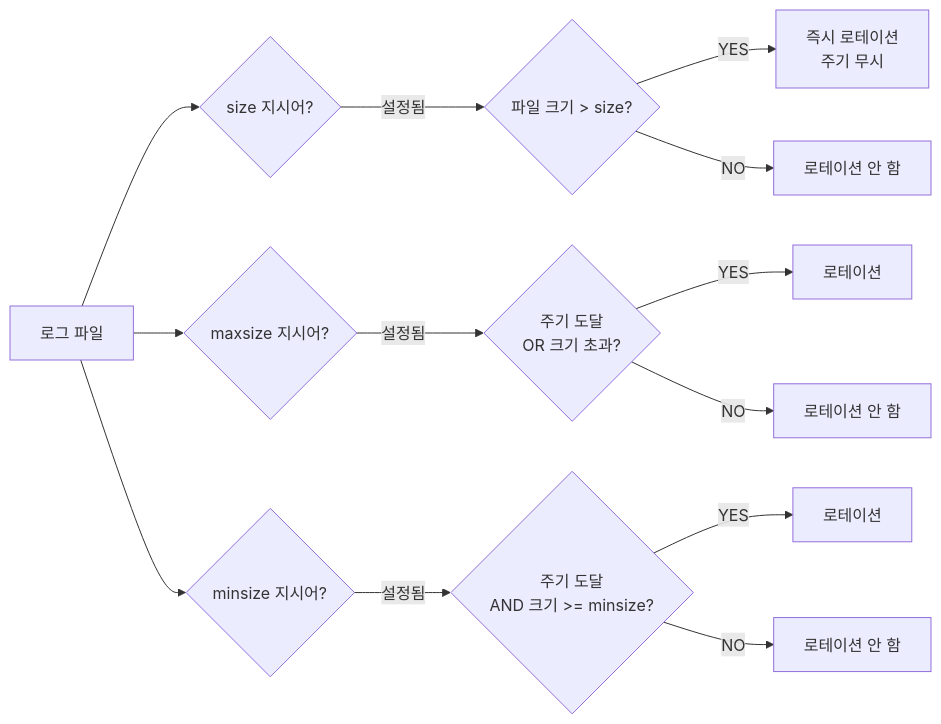
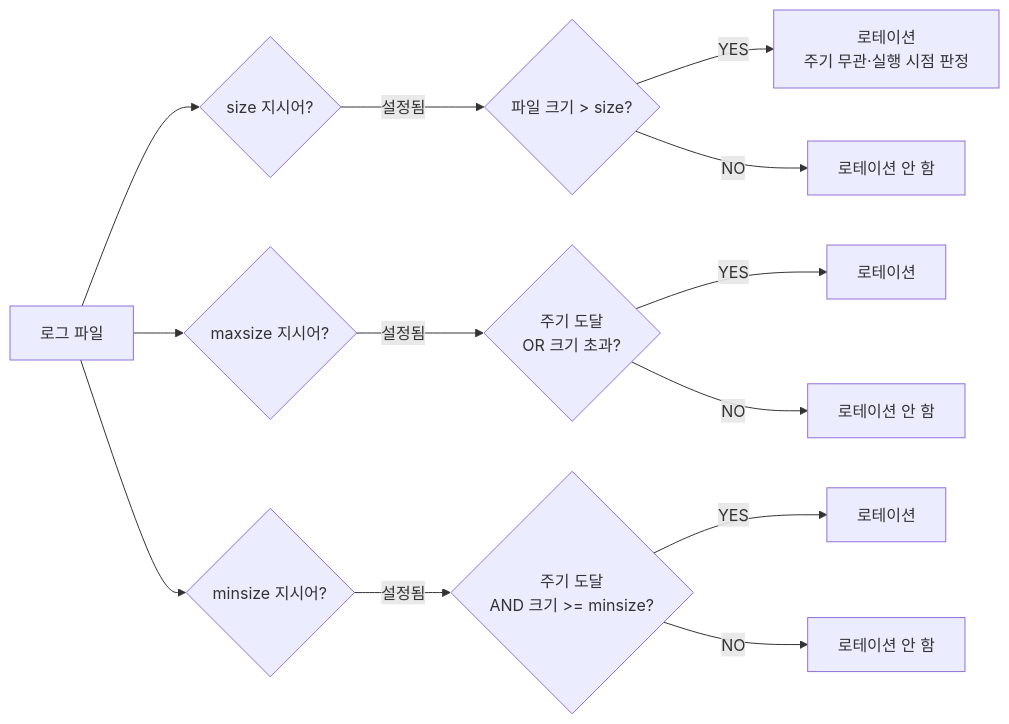
One commit to moonblueblue/devops-wiki changed the third of 3 diagrams in content/linux/logging/log-rotation.md. Above: the diagram before and after it, drawn with Mermaid. The commit also changed other lines of this file and 12 other files, not shown here.

````diff
--- a/content/linux/logging/log-rotation.md
+++ b/content/linux/logging/log-rotation.md
@@ -625,17 +630,17 @@
 ```mermaid
 flowchart LR
     A[로그 파일] --> B{size 지시어?}
     B -->|설정됨| C{파일 크기 > size?}
-    C -->|YES| D[즉시 로테이션\n주기 무시]
+    C -->|YES| D[로테이션\n주기 무관·실행 시점 판정]
     C -->|NO| E[로테이션 안 함]
 
     A --> F{maxsize 지시어?}
     F -->|설정됨| G{주기 도달\nOR 크기 초과?}
     G -->|YES| H[로테이션]
     G -->|NO| I[로테이션 안 함]
 
     A --> J{minsize 지시어?}
     J -->|설정됨| K{주기 도달\nAND 크기 >= minsize?}
     K -->|YES| L[로테이션]
     K -->|NO| M[로테이션 안 함]
 ```
````
